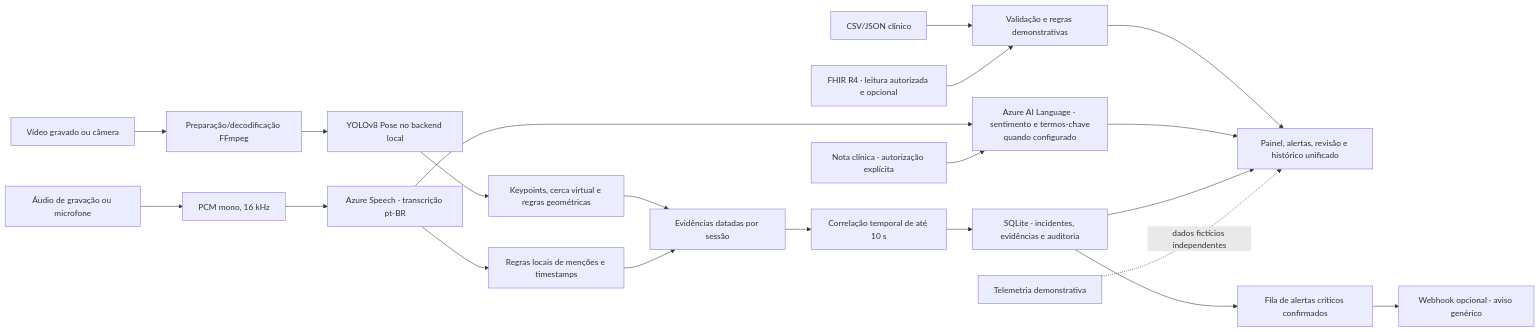
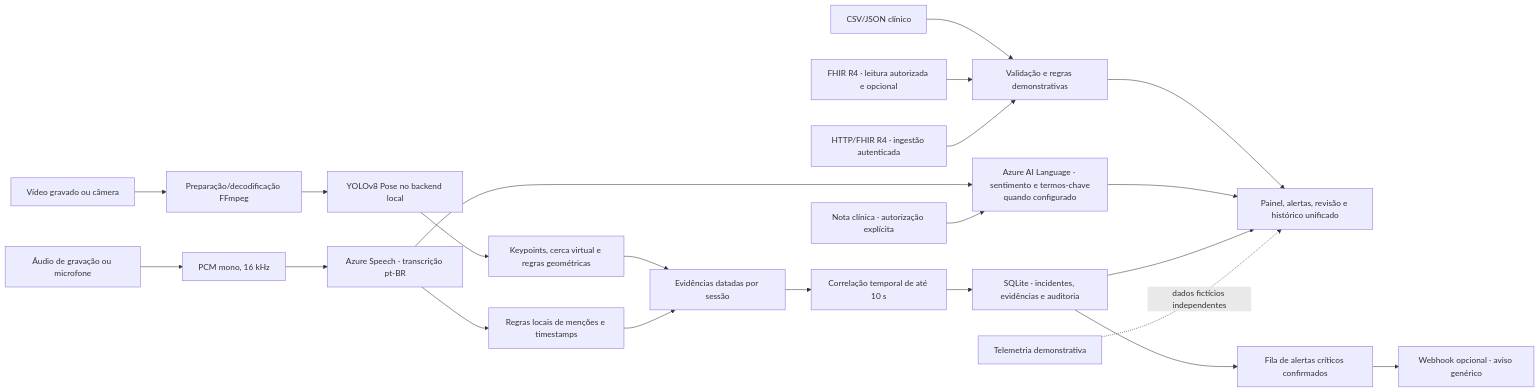
The diagram in docs/relatorio-tecnico-multimodal.md (Etyonamine/Fiap_Pos_9AIDT_Fase_04_Monitoramento_multimodal_pacientes), drawn with Mermaid before and after one commit. The commit also changed other lines of this file and 29 other files, not shown here.

````diff
--- a/docs/relatorio-tecnico-multimodal.md
+++ b/docs/relatorio-tecnico-multimodal.md
@@ -11,23 +11,24 @@
 ```mermaid
 flowchart LR
     V["Vídeo gravado ou câmera"] --> VC["Preparação/decodificação FFmpeg"]
     VC --> VP["YOLOv8 Pose no backend local"]
     VP --> VR["Keypoints, cerca virtual e regras geométricas"]
     A["Áudio de gravação ou microfone"] --> AC["PCM mono, 16 kHz"]
     AC --> STT["Azure Speech · transcrição pt-BR"]
     STT --> AR["Regras locais de menções e timestamps"]
     STT --> LA["Azure AI Language · sentimento e termos-chave<br/>quando configurado"]
     C["CSV/JSON clínico"] --> CR["Validação e regras demonstrativas"]
     F["FHIR R4 · leitura autorizada e opcional"] --> CR
+    FEED["HTTP/FHIR R4 · ingestão autenticada"] --> CR
     N["Nota clínica · autorização explícita"] --> LA
     CR --> UI
     LA --> UI
     VR --> EV["Evidências datadas por sessão"]
     AR --> EV
     EV --> COR["Correlação temporal de até 10 s"]
     COR --> DB["SQLite · incidentes, evidências e auditoria"]
     DB --> UI["Painel, alertas, revisão e histórico unificado"]
     DB --> Q["Fila de alertas críticos confirmados"]
     Q --> W["Webhook opcional · aviso genérico"]
     X["Telemetria demonstrativa"] -. "dados fictícios independentes" .-> UI
 ```
````
